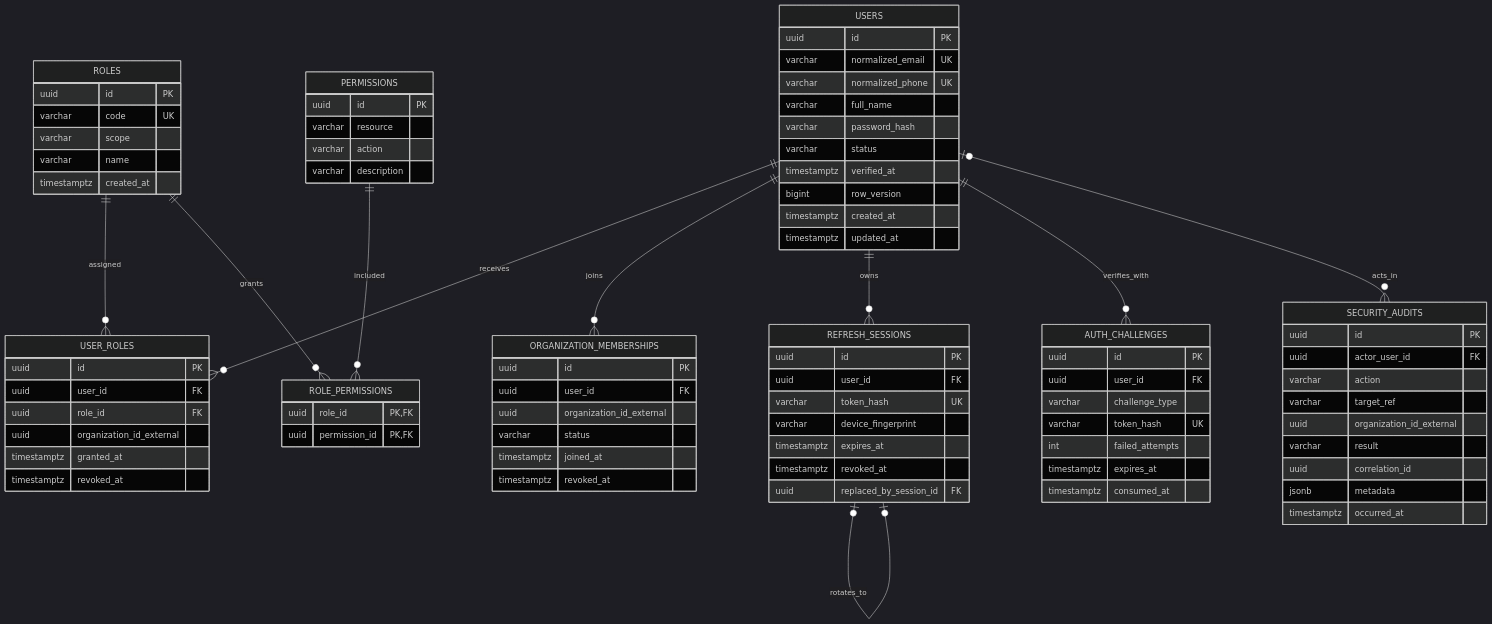
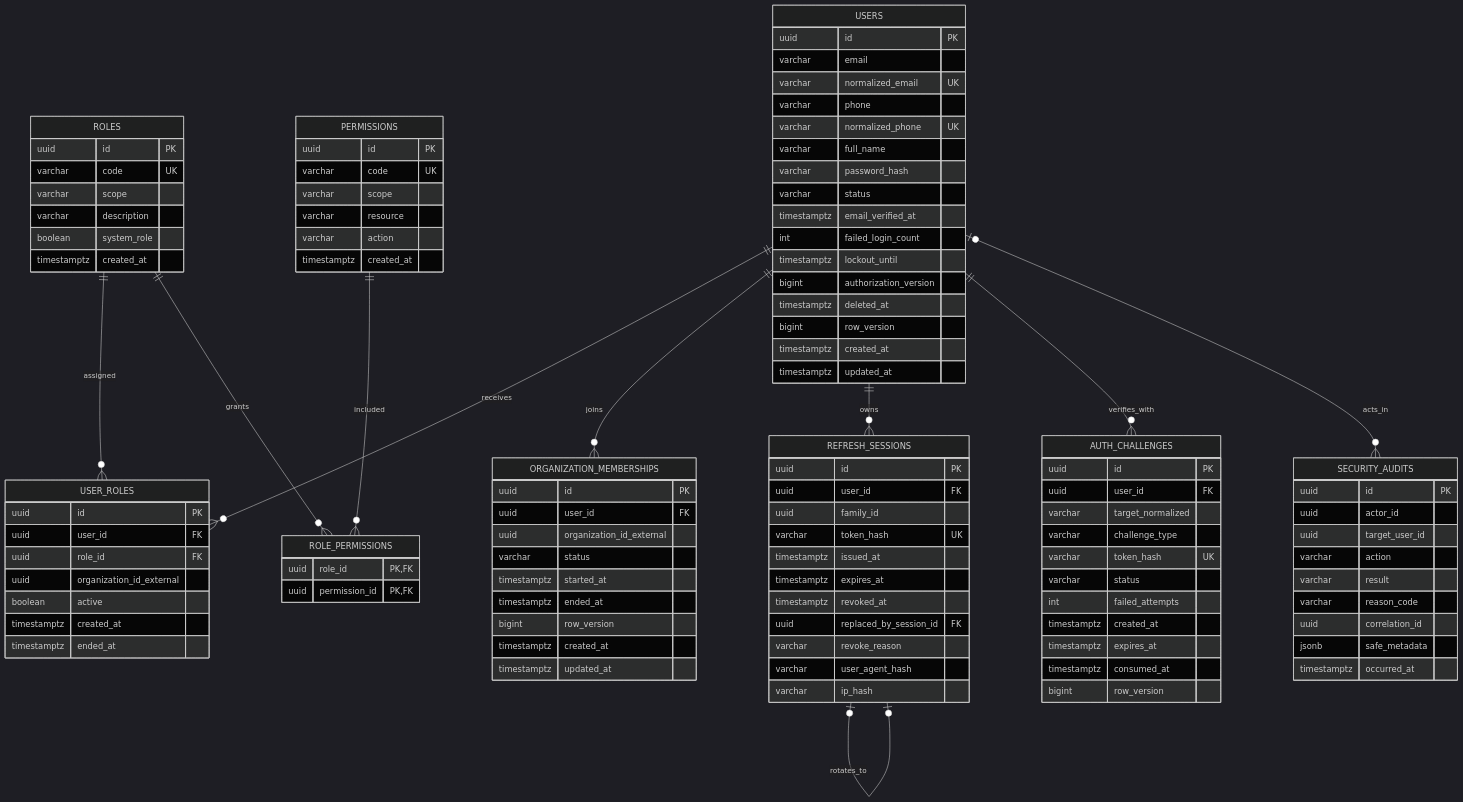
Before and after one commit to TrisMinh/PBL6: the diagram in docs/system-design/02-07-database-erd/01-identity-db.md, drawn with Mermaid (dark theme). The commit also changed other lines of this file and 68 other files, not shown here.

```diff
--- a/docs/system-design/02-07-database-erd/01-identity-db.md
+++ b/docs/system-design/02-07-database-erd/01-identity-db.md
@@ -6,12 +8,18 @@
 erDiagram
     USERS {
         uuid id PK
+        varchar email
         varchar normalized_email UK
+        varchar phone
         varchar normalized_phone UK
         varchar full_name
         varchar password_hash
         varchar status
-        timestamptz verified_at
+        timestamptz email_verified_at
+        int failed_login_count
+        timestamptz lockout_until
+        bigint authorization_version
+        timestamptz deleted_at
         bigint row_version
         timestamptz created_at
         timestamptz updated_at
@@ -20,22 +28,26 @@
         uuid id PK
         varchar code UK
         varchar scope
-        varchar name
+        varchar description
+        boolean system_role
         timestamptz created_at
     }
     PERMISSIONS {
         uuid id PK
+        varchar code UK
+        varchar scope
         varchar resource
         varchar action
-        varchar description
+        timestamptz created_at
     }
     USER_ROLES {
         uuid id PK
         uuid user_id FK
         uuid role_id FK
         uuid organization_id_external
-        timestamptz granted_at
-        timestamptz revoked_at
+        boolean active
+        timestamptz created_at
+        timestamptz ended_at
     }
     ROLE_PERMISSIONS {
         uuid role_id PK,FK
@@ -46,36 +58,47 @@
         uuid user_id FK
         uuid organization_id_external
         varchar status
-        timestamptz joined_at
-        timestamptz revoked_at
+        timestamptz started_at
+        timestamptz ended_at
+        bigint row_version
+        timestamptz created_at
+        timestamptz updated_at
     }
     REFRESH_SESSIONS {
         uuid id PK
         uuid user_id FK
+        uuid family_id
         varchar token_hash UK
-        varchar device_fingerprint
+        timestamptz issued_at
         timestamptz expires_at
         timestamptz revoked_at
         uuid replaced_by_session_id FK
+        varchar revoke_reason
+        varchar user_agent_hash
+        varchar ip_hash
     }
     AUTH_CHALLENGES {
         uuid id PK
         uuid user_id FK
+        varchar target_normalized
         varchar challenge_type
         varchar token_hash UK
+        varchar status
         int failed_attempts
+        timestamptz created_at
         timestamptz expires_at
         timestamptz consumed_at
+        bigint row_version
     }
     SECURITY_AUDITS {
         uuid id PK
-        uuid actor_user_id FK
+        uuid actor_id
+        uuid target_user_id
         varchar action
-        varchar target_ref
-        uuid organization_id_external
         varchar result
+        varchar reason_code
         uuid correlation_id
-        jsonb metadata
+        jsonb safe_metadata
         timestamptz occurred_at
     }
 
```
